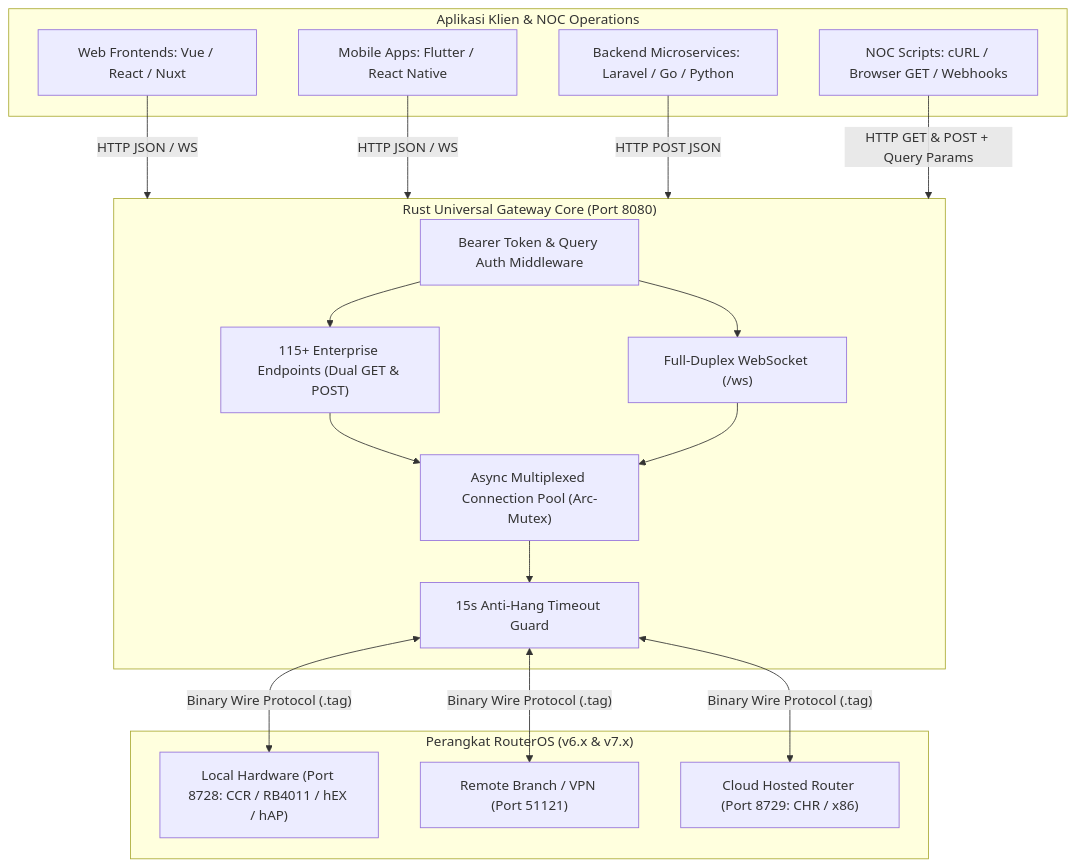
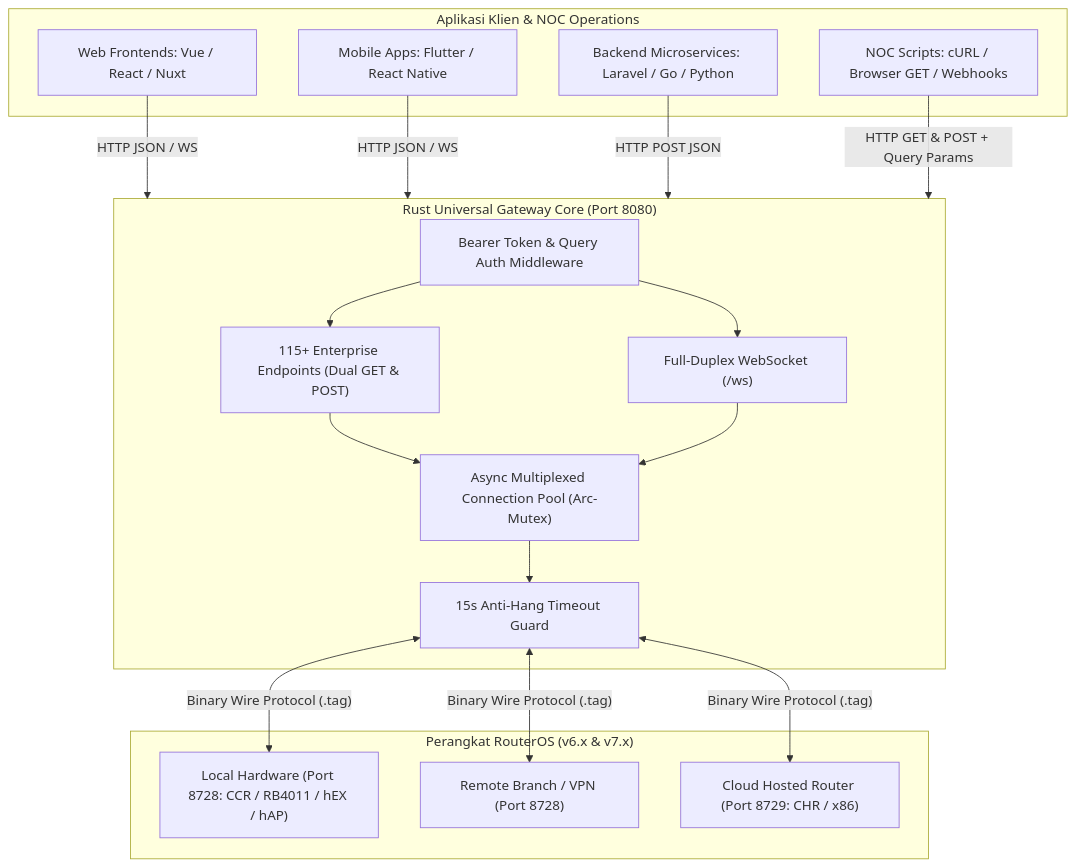
Before and after one commit to salman-mustapa/mikrotik-service: the diagram in README.md, drawn with Mermaid. The commit also changed other lines of this file and 13 other files, not shown here.

Commit message:
chore: purge all hardcoded remote VPN host, port, and test names across docs, UI, and config

````diff
--- a/README.md
+++ b/README.md
@@ -58,37 +58,37 @@
 ```mermaid
 graph TB
     subgraph Stacks ["Aplikasi Klien & NOC Operations"]
         W["Web Frontends: Vue / React / Nuxt"]
         M["Mobile Apps: Flutter / React Native"]
         B["Backend Microservices: Laravel / Go / Python"]
         NOC["NOC Scripts: cURL / Browser GET / Webhooks"]
     end
 
     subgraph RustEngine ["Rust Universal Gateway Core (Port 8080)"]
         AUTH["Bearer Token & Query Auth Middleware"]
         WS["Full-Duplex WebSocket (/ws)"]
         REST["115+ Enterprise Endpoints (Dual GET & POST)"]
         POOL["Async Multiplexed Connection Pool (Arc-Mutex)"]
         GUARD["15s Anti-Hang Timeout Guard"]
     end
 
     subgraph Hardware ["Perangkat RouterOS (v6.x & v7.x)"]
         R1["Local Hardware (Port 8728: CCR / RB4011 / hEX / hAP)"]
-        R2["Remote Branch / VPN (Port 51121)"]
+        R2["Remote Branch / VPN (Port 8728)"]
         R3["Cloud Hosted Router (Port 8729: CHR / x86)"]
     end
 
     W -->|"HTTP JSON / WS"| RustEngine
     M -->|"HTTP JSON / WS"| RustEngine
     B -->|"HTTP POST JSON"| RustEngine
     NOC -->|"HTTP GET & POST + Query Params"| RustEngine
 
     AUTH --> REST
     AUTH --> WS
     REST --> POOL
     WS --> POOL
     POOL --> GUARD
     GUARD <-->|"Binary Wire Protocol (.tag)"| R1
     GUARD <-->|"Binary Wire Protocol (.tag)"| R2
     GUARD <-->|"Binary Wire Protocol (.tag)"| R3
 ```
````
